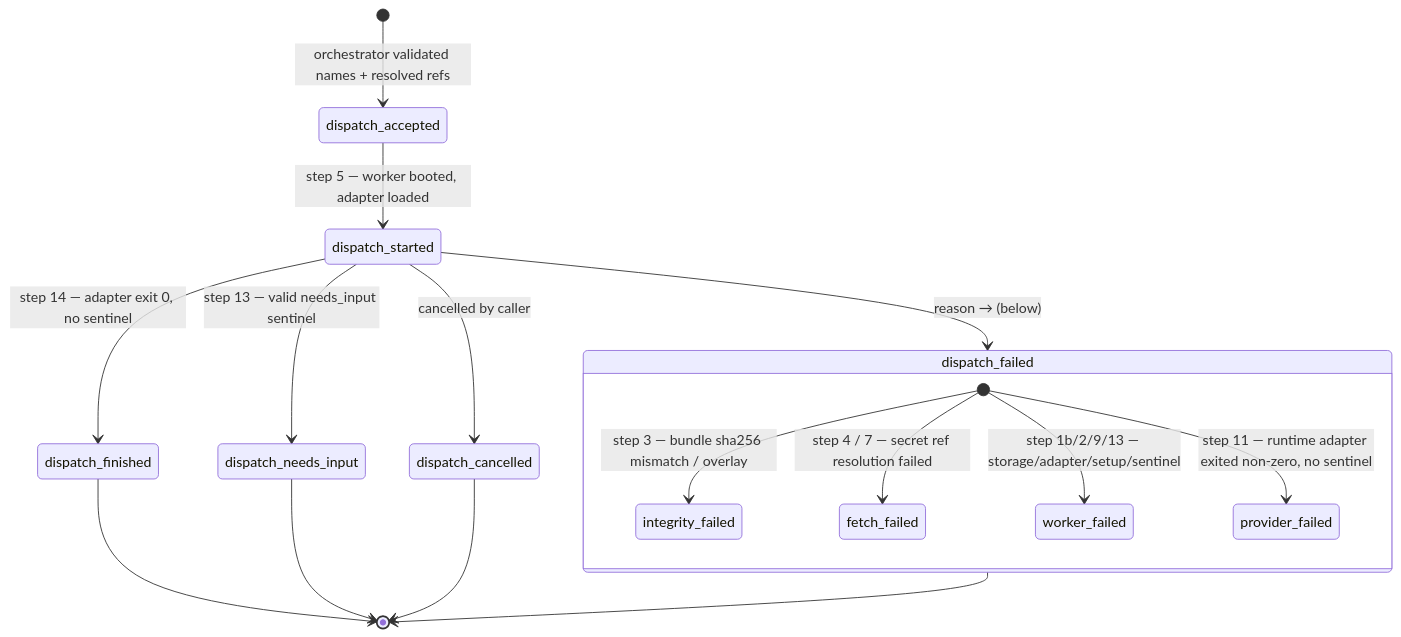
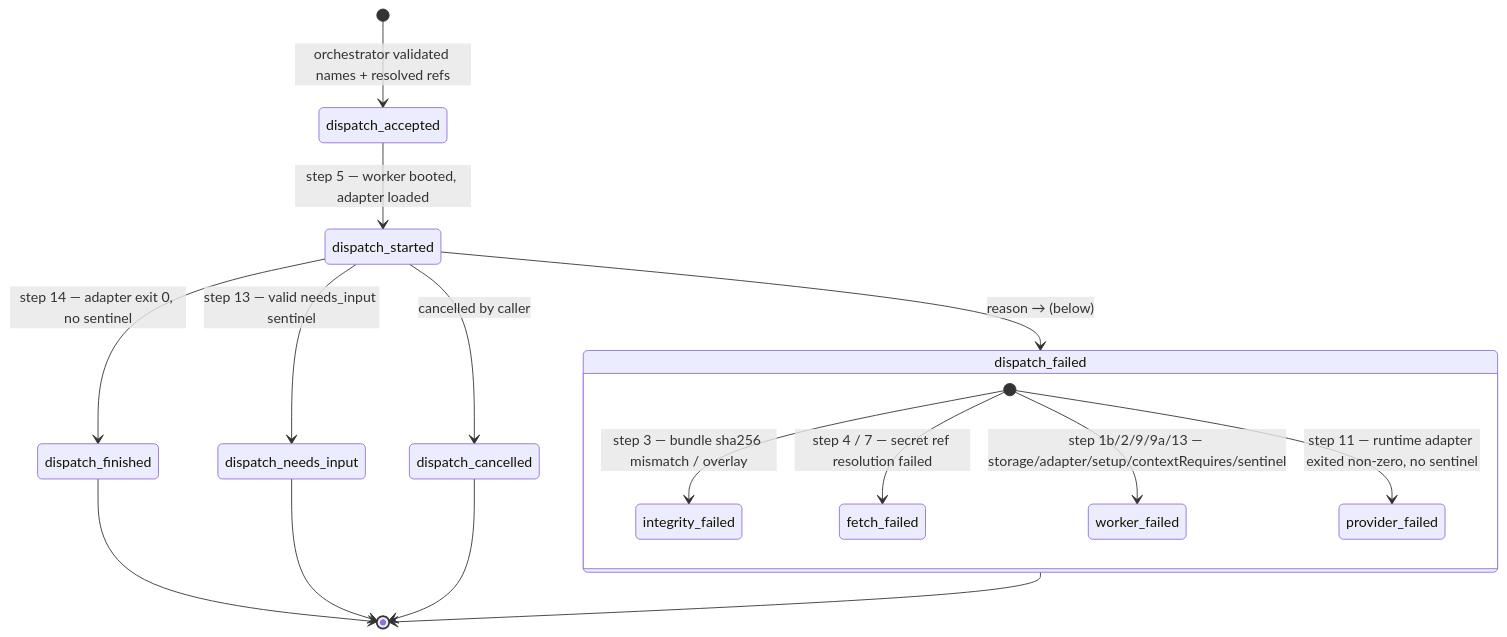
One commit to QuarrySystems/pangolin changed the second of 2 diagrams in docs-site/src/content/docs/reference/dispatch-lifecycle.md. Above: the diagram before and after it, drawn with Mermaid. The commit also changed other lines of this file and 13 other files, not shown here.

First line of the commit message:
feat: staged-context verification — a subagent declares what its workspace needs, the worker checks it before the agent runs (#152)

````diff
--- a/docs-site/src/content/docs/reference/dispatch-lifecycle.md
+++ b/docs-site/src/content/docs/reference/dispatch-lifecycle.md
@@ -252,19 +252,19 @@
 ```mermaid
 stateDiagram-v2
   [*] --> dispatch_accepted: orchestrator validated names + resolved refs
   dispatch_accepted --> dispatch_started: step 5 — worker booted, adapter loaded
   dispatch_started --> dispatch_finished: step 14 — adapter exit 0, no sentinel
   dispatch_started --> dispatch_needs_input: step 13 — valid needs_input sentinel
   dispatch_started --> dispatch_cancelled: cancelled by caller
   dispatch_started --> dispatch_failed: reason → (below)
   state dispatch_failed {
     [*] --> integrity_failed: step 3 — bundle sha256 mismatch / overlay
     [*] --> fetch_failed: step 4 / 7 — secret ref resolution failed
-    [*] --> worker_failed: step 1b/2/9/13 — storage/adapter/setup/sentinel
+    [*] --> worker_failed: step 1b/2/9/9a/13 — storage/adapter/setup/contextRequires/sentinel
     [*] --> provider_failed: step 11 — runtime adapter exited non-zero, no sentinel
   }
   dispatch_finished --> [*]
   dispatch_needs_input --> [*]
   dispatch_cancelled --> [*]
   dispatch_failed --> [*]
 ```
````
